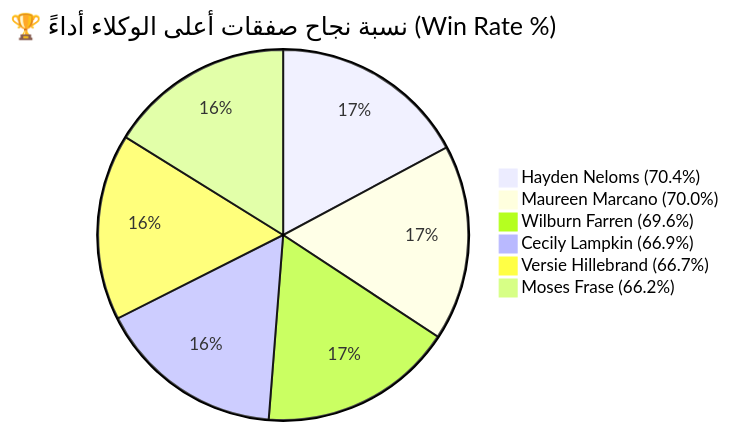
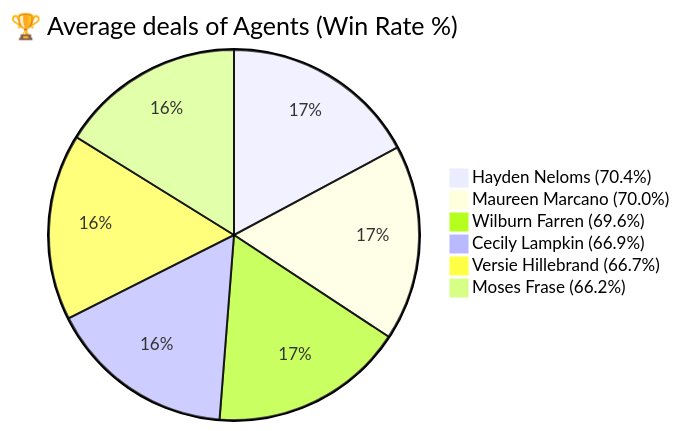
One commit to rewansalem24-crypto/Full_Report-ppl changed the second of 2 diagrams in README.md. Above: the diagram before and after it, drawn with Mermaid. The commit also changed other lines of this file, not shown here.

Commit message:
Update chart titles in README.md

````diff
--- a/README.md
+++ b/README.md
@@ -16,9 +16,9 @@
 ```mermaid
-pie title 🏆 نسبة نجاح صفقات أعلى الوكلاء أداءً (Win Rate %)
+pie title 🏆 Average deals of Agents (Win Rate %)
     "Hayden Neloms (70.4%)" : 70.4
     "Maureen Marcano (70.0%)" : 70.0
     "Wilburn Farren (69.6%)" : 69.6
     "Cecily Lampkin (66.9%)" : 66.9
     "Versie Hillebrand (66.7%)" : 66.7
     "Moses Frase (66.2%)" : 66.2
 ```
````
